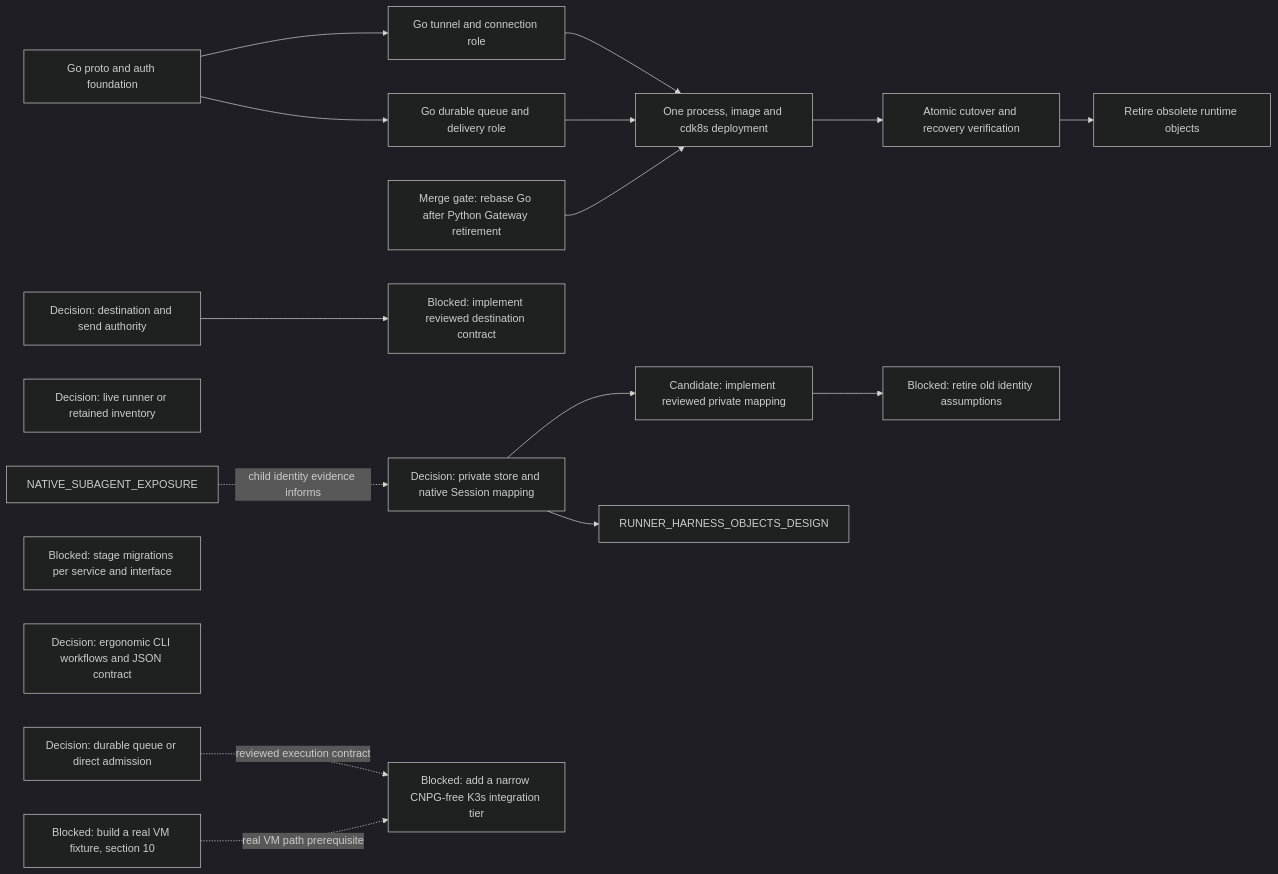
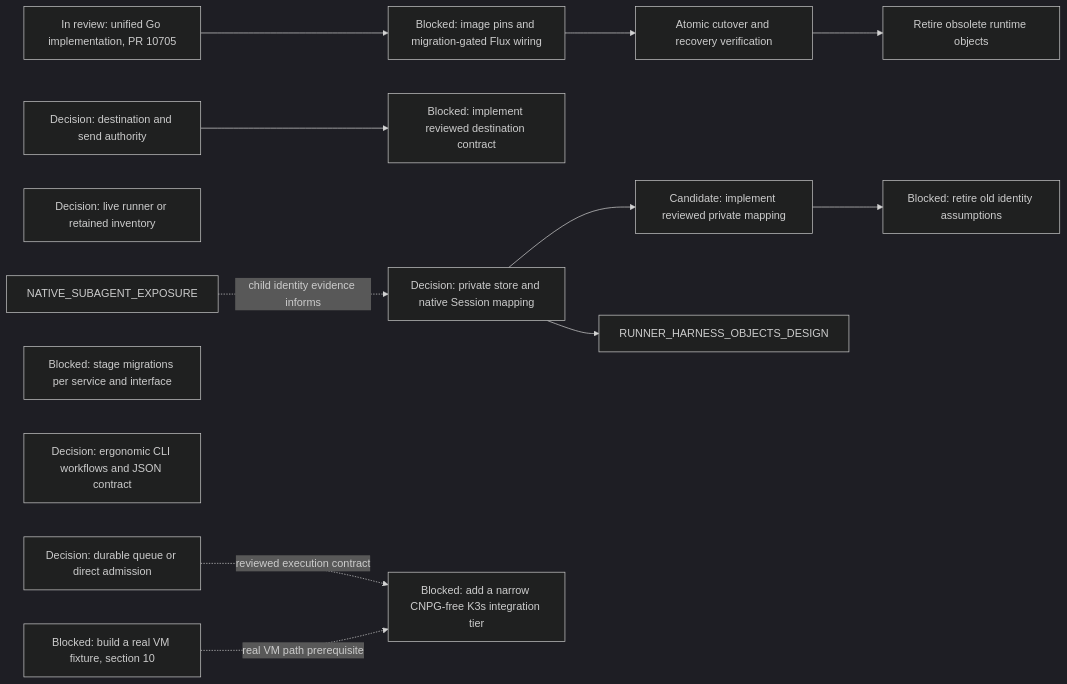
One commit to agentydragon-agent/ducktape changed diagram 16 of 16 in agentplane/plans/task_dag.md. Above: the diagram before and after it, drawn with Mermaid (dark theme). The commit also changed other lines of this file, not shown here.

````diff
--- a/agentplane/plans/task_dag.md
+++ b/agentplane/plans/task_dag.md
@@ -1345,35 +1359,28 @@
 ```mermaid
 flowchart LR
     DISPATCHER_PERSISTENCE_MODEL_DESIGN[Decision: durable queue or direct admission]
-    DELIVERY_GO_PROTOCOL_AUTH[Go proto and auth foundation]
-    DELIVERY_GO_GATEWAY[Go tunnel and connection role]
-    DELIVERY_GO_DISPATCHER[Go durable queue and delivery role]
-    DELIVERY_GO_RETIREMENT_REBASE[Merge gate: rebase Go after Python Gateway retirement]
-    DELIVERY_GO_INTEGRATION[One process, image and cdk8s deployment]
+    GATEWAY_GO_IMPLEMENTATION[In review: unified Go implementation, PR 10705]
+    GATEWAY_GO_ROLLOUT_CONFIG[Blocked: image pins and migration-gated Flux wiring]
     DELIVERY_UNIFIED_CUTOVER[Atomic cutover and recovery verification]
     DELIVERY_OLD_RUNTIME_RETIRE[Retire obsolete runtime objects]
     RUNNER_INVENTORY_AUTHORITY_DESIGN[Decision: live runner or retained inventory]
     DELIVERY_DESTINATION_AUTHORITY_DESIGN[Decision: destination and send authority]
     DELIVERY_DESTINATION_CONTRACT[Blocked: implement reviewed destination contract]
     HARNESS_IDENTITY_DESIGN[Decision: private store and native Session mapping]
     RUNNER_STORE_SESSION_IDENTITY[Candidate: implement reviewed private mapping]
     RUNNER_IDENTITY_LEGACY_CLEANUP[Blocked: retire old identity assumptions]
     SERVICE_API_TRANSPORT_MIGRATIONS[Blocked: stage migrations per service and interface]
     AGENT_API_TOOLING_DESIGN[Decision: ergonomic CLI workflows and JSON contract]
     CNPG_FREE_K3S_INTEGRATION_TIER[Blocked: add a narrow CNPG-free K3s integration tier]
     K3S_VM_IMAGE[Blocked: build a real VM fixture, section 10]
-    DELIVERY_GO_PROTOCOL_AUTH --> DELIVERY_GO_GATEWAY
-    DELIVERY_GO_PROTOCOL_AUTH --> DELIVERY_GO_DISPATCHER
-    DELIVERY_GO_GATEWAY --> DELIVERY_GO_INTEGRATION
-    DELIVERY_GO_DISPATCHER --> DELIVERY_GO_INTEGRATION
-    DELIVERY_GO_RETIREMENT_REBASE --> DELIVERY_GO_INTEGRATION
-    DELIVERY_GO_INTEGRATION --> DELIVERY_UNIFIED_CUTOVER
+    GATEWAY_GO_IMPLEMENTATION --> GATEWAY_GO_ROLLOUT_CONFIG
+    GATEWAY_GO_ROLLOUT_CONFIG --> DELIVERY_UNIFIED_CUTOVER
     DELIVERY_UNIFIED_CUTOVER --> DELIVERY_OLD_RUNTIME_RETIRE
     DELIVERY_DESTINATION_AUTHORITY_DESIGN --> DELIVERY_DESTINATION_CONTRACT
     RUNNER_STORE_SESSION_IDENTITY --> RUNNER_IDENTITY_LEGACY_CLEANUP
     NATIVE_SUBAGENT_EXPOSURE -. child identity evidence informs .-> HARNESS_IDENTITY_DESIGN
     HARNESS_IDENTITY_DESIGN --> RUNNER_STORE_SESSION_IDENTITY
     HARNESS_IDENTITY_DESIGN --> RUNNER_HARNESS_OBJECTS_DESIGN
     DISPATCHER_PERSISTENCE_MODEL_DESIGN -. reviewed execution contract .-> CNPG_FREE_K3S_INTEGRATION_TIER
     K3S_VM_IMAGE -. real VM path prerequisite .-> CNPG_FREE_K3S_INTEGRATION_TIER
 ```
````
